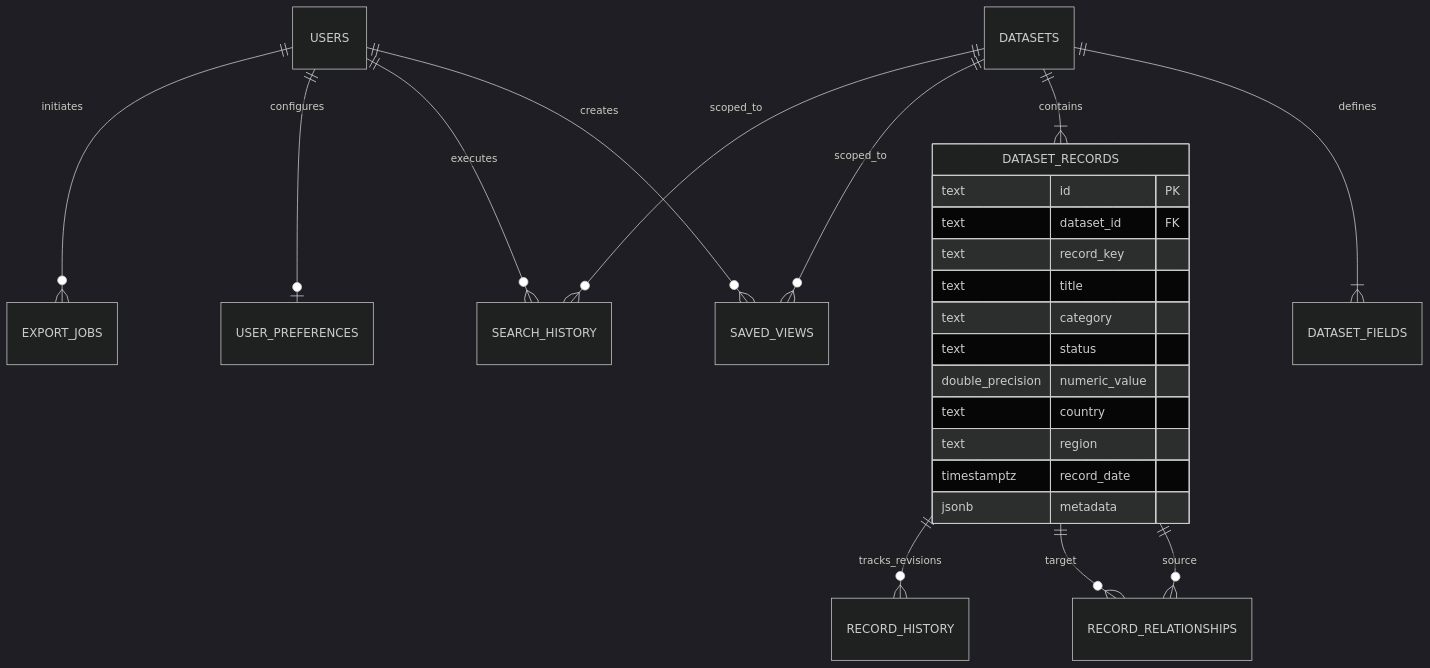
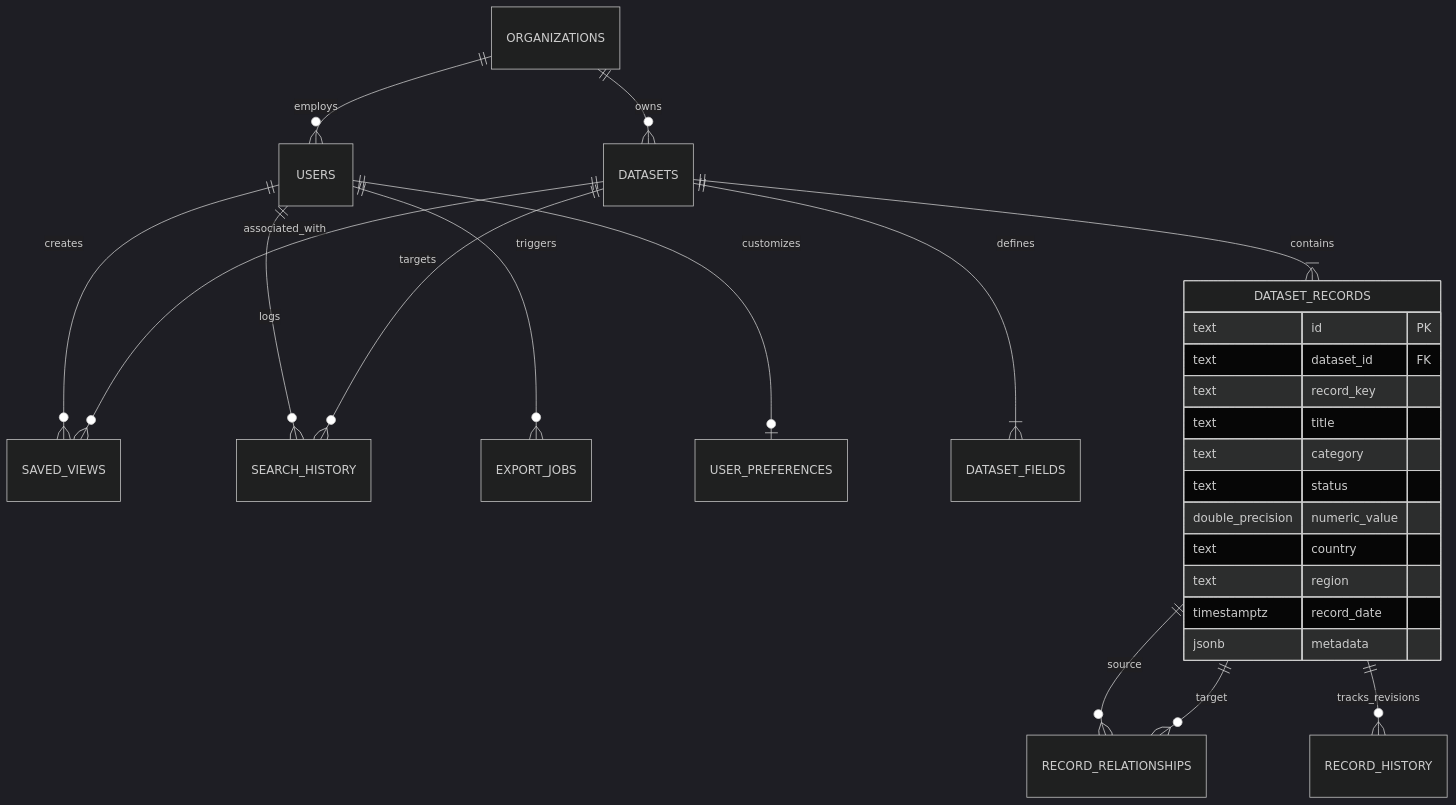
The second of 2 diagrams in README.md (nabilpwqz/DataScope), drawn with Mermaid (dark theme) before and after one commit. The commit also changed other lines of this file and 454 other files, not shown here.

````diff
--- a/README.md
+++ b/README.md
@@ -212,30 +254,33 @@
 ```mermaid
 erDiagram
+    ORGANIZATIONS ||--o{ USERS : "employs"
+    ORGANIZATIONS ||--o{ DATASETS : "owns"
+
     USERS ||--o{ SAVED_VIEWS : "creates"
-    USERS ||--o{ SEARCH_HISTORY : "executes"
-    USERS ||--o| USER_PREFERENCES : "configures"
-    USERS ||--o{ EXPORT_JOBS : "initiates"
+    USERS ||--o{ SEARCH_HISTORY : "logs"
+    USERS ||--o{ EXPORT_JOBS : "triggers"
+    USERS ||--o| USER_PREFERENCES : "customizes"
 
     DATASETS ||--|{ DATASET_FIELDS : "defines"
     DATASETS ||--|{ DATASET_RECORDS : "contains"
-    DATASETS ||--o{ SAVED_VIEWS : "scoped_to"
-    DATASETS ||--o{ SEARCH_HISTORY : "scoped_to"
+    DATASETS ||--o{ SAVED_VIEWS : "associated_with"
+    DATASETS ||--o{ SEARCH_HISTORY : "targets"
 
     DATASET_RECORDS ||--o{ RECORD_RELATIONSHIPS : "source"
     DATASET_RECORDS ||--o{ RECORD_RELATIONSHIPS : "target"
     DATASET_RECORDS ||--o{ RECORD_HISTORY : "tracks_revisions"
 
     DATASET_RECORDS {
         text id PK
         text dataset_id FK
         text record_key
         text title
         text category
         text status
         double_precision numeric_value
         text country
         text region
         timestamptz record_date
         jsonb metadata
     }
 ```
````
